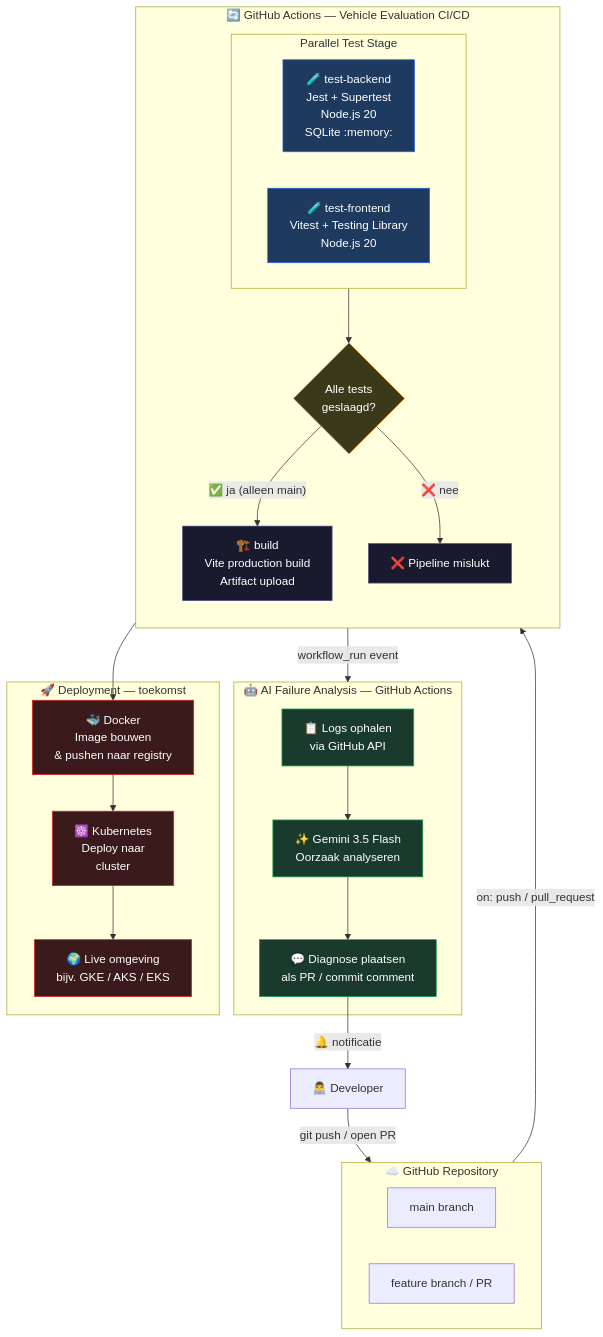
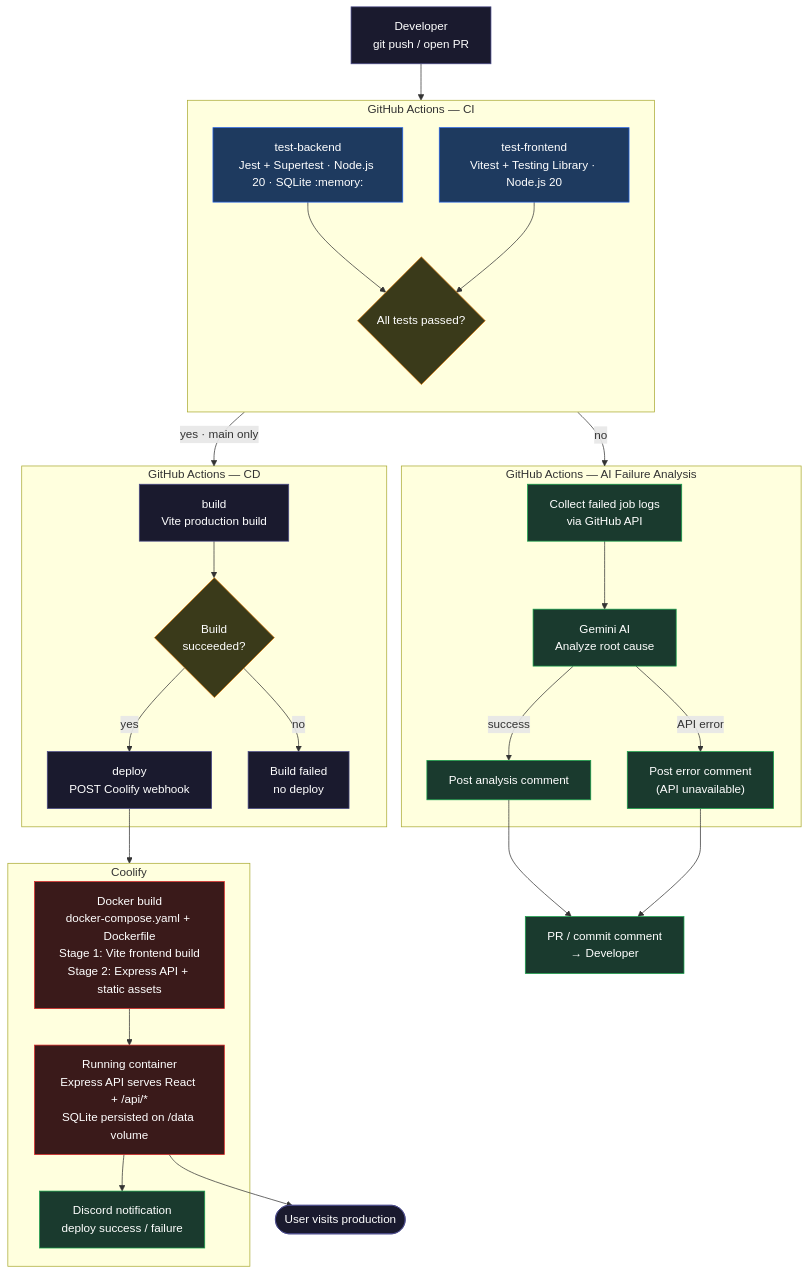
Before and after one commit to githubBram01/pipeline-nodejs: the diagram in docs/pipeline-diagram.md, drawn with Mermaid. The commit also changed 1 other file, not shown here.

Commit message:
add diagram & pdf

````diff
--- a/docs/pipeline-diagram.md
+++ b/docs/pipeline-diagram.md
@@ -3,64 +3,64 @@
 ```mermaid
 flowchart TD
-    DEV["👨‍💻 Developer"] -->|"git push / open PR"| REPO
+    DEV["Developer\ngit push / open PR"]
 
-    subgraph REPO["☁️ GitHub Repository"]
-        direction LR
-        MAIN["main branch"]
-        PR["feature branch / PR"]
+    DEV --> CI
+
+    subgraph CI["GitHub Actions — CI"]
+        direction TB
+        BACKEND["test-backend\nJest + Supertest · Node.js 20 · SQLite :memory:"]
+        FRONTEND["test-frontend\nVitest + Testing Library · Node.js 20"]
+        BACKEND & FRONTEND --> GATE{"All tests passed?"}
     end
 
-    REPO -->|"on: push / pull_request"| PIPELINE
+    GATE -- "no" --> AI_ANALYSIS
+    GATE -- "yes · main only" --> CD
 
-    subgraph PIPELINE["🔄 GitHub Actions — Vehicle Evaluation CI/CD"]
-        direction TB
-
-        subgraph TESTS["Parallel Test Stage"]
-            direction LR
-            BACKEND["🧪 test-backend\nJest + Supertest\nNode.js 20\nSQLite :memory:"]
-            FRONTEND["🧪 test-frontend\nVitest + Testing Library\nNode.js 20"]
-        end
-
-        GATE{"Alle tests\ngeslaagd?"}
-
-        BUILD["🏗️ build\nVite production build\nArtifact upload"]
-        FAIL["❌ Pipeline mislukt"]
+    subgraph CD["GitHub Actions — CD"]
+        BUILD["build\nVite production build"]
+        BUILD_GATE{"Build\nsucceeded?"}
+        DEPLOY["deploy\nPOST Coolify webhook"]
+        BUILD_FAILED["Build failed\nno deploy"]
+        BUILD --> BUILD_GATE
+        BUILD_GATE -- "yes" --> DEPLOY
+        BUILD_GATE -- "no" --> BUILD_FAILED
     end
 
-    TESTS --> GATE
-    GATE -- "✅ ja (alleen main)" --> BUILD
-    GATE -- "❌ nee" --> FAIL
+    DEPLOY --> COOLIFY
 
-    FAIL -->|"workflow_run event"| AI_PIPELINE
-
-    subgraph AI_PIPELINE["🤖 AI Failure Analysis — GitHub Actions"]
-        LOGS["📋 Logs ophalen\nvia GitHub API"]
-        GEMINI["✨ Gemini 3.5 Flash\nOorzaak analyseren"]
-        COMMENT["💬 Diagnose plaatsen\nals PR / commit comment"]
+    subgraph COOLIFY["Coolify"]
+        DOCKER_BUILD["Docker build\ndocker-compose.yaml + Dockerfile\nStage 1: Vite frontend build\nStage 2: Express API + static assets"]
+        CONTAINER["Running container\nExpress API serves React + /api/*\nSQLite persisted on /data volume"]
+        DOCKER_BUILD --> CONTAINER
+        CONTAINER --> DISCORD["Discord notification\ndeploy success / failure"]
     end
 
-    LOGS --> GEMINI --> COMMENT
-    COMMENT -->|"🔔 notificatie"| DEV
+    CONTAINER --> USER(["User visits production"])
 
-    BUILD --> DOCKER
+    subgraph AI_ANALYSIS["GitHub Actions — AI Failure Analysis"]
+        LOGS["Collect failed job logs\nvia GitHub API"]
+        GEMINI["Gemini AI\nAnalyze root cause"]
+        POST_OK["Post analysis comment"]
+        POST_ERR["Post error comment\n(API unavailable)"]
 
-    subgraph DEPLOY["🚀 Deployment — toekomst"]
-        DOCKER["🐳 Docker\nImage bouwen\n& pushen naar registry"]
-        K8S["☸️ Kubernetes\nDeploy naar\ncluster"]
-        ENV["🌍 Live omgeving\nbijv. GKE / AKS / EKS"]
+        LOGS --> GEMINI
+        GEMINI -- "success" --> POST_OK
+        GEMINI -- "API error" --> POST_ERR
     end
 
-    DOCKER --> K8S --> ENV
+    POST_OK & POST_ERR --> NOTIFY["PR / commit comment\n→ Developer"]
 
-    classDef action fill:#1a1a2e,color:#fff,stroke:#4a4a8a
+    classDef default fill:#1a1a2e,color:#fff,stroke:#4a4a8a
     classDef test fill:#1e3a5f,color:#fff,stroke:#2563eb
     classDef ai fill:#1a3a2e,color:#fff,stroke:#16a34a
-    classDef deploy fill:#3a1a1a,color:#fff,stroke:#dc2626
+    classDef prod fill:#3a1a1a,color:#fff,stroke:#dc2626
     classDef gate fill:#3a3a1a,color:#fff,stroke:#d97706
 
     class BACKEND,FRONTEND test
-    class LOGS,GEMINI,COMMENT ai
-    class DOCKER,K8S,ENV deploy
-    class GATE gate
-    class BUILD,FAIL action
+    class LOGS,GEMINI,POST_OK,POST_ERR ai
+    class DOCKER_BUILD,CONTAINER prod
+    class DISCORD ai
+    class GATE,BUILD_GATE gate
+    class BUILD_FAILED default
+    class NOTIFY ai
 ```
````
